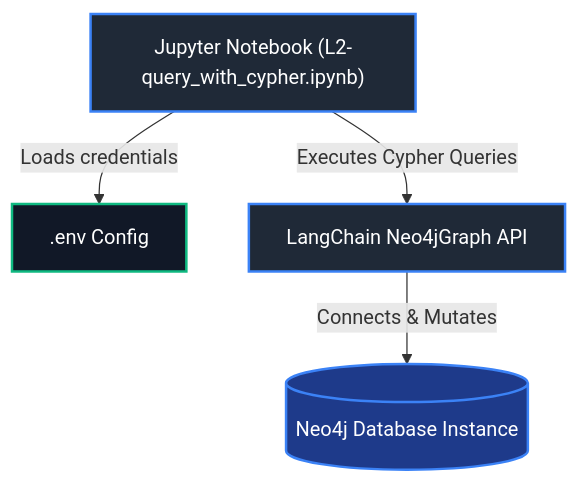
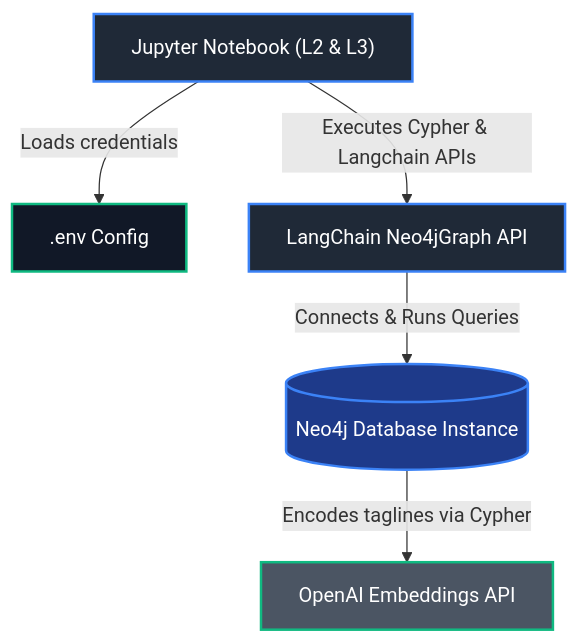
Before and after one commit to PhoengZ/knowledgr-graph-RAG: the diagram in README.md, drawn with Mermaid. The commit also changed other lines of this file and 2 other files, not shown here.

First line of the commit message:
feat: add RAG text preparation notebook and update README

````diff
--- a/README.md
+++ b/README.md
@@ -23,17 +24,20 @@
 ```mermaid
 graph TD
     %% Define Node Styles
     classDef component fill:#1f2937,stroke:#3b82f6,stroke-width:2px,color:#fff;
     classDef database fill:#1e3a8a,stroke:#3b82f6,stroke-width:2px,color:#fff;
     classDef config fill:#111827,stroke:#10b981,stroke-width:2px,color:#fff;
+    classDef api fill:#4b5563,stroke:#10b981,stroke-width:2px,color:#fff;
     
     %% Flow nodes
-    Notebook["Jupyter Notebook (L2-query_with_cypher.ipynb)"] -->|Loads credentials| Env[".env Config"]
-    Notebook -->|Executes Cypher Queries| LangChain["LangChain Neo4jGraph API"]
-    LangChain -->|Connects & Mutates| DB[("Neo4j Database Instance")]
+    Notebook["Jupyter Notebook (L2 & L3)"] -->|Loads credentials| Env[".env Config"]
+    Notebook -->|Executes Cypher & Langchain APIs| LangChain["LangChain Neo4jGraph API"]
+    LangChain -->|Connects & Runs Queries| DB[("Neo4j Database Instance")]
+    DB -->|Encodes taglines via Cypher| OpenAI["OpenAI Embeddings API"]
     
     %% Apply styles
     class Notebook,LangChain component;
     class DB database;
     class Env config;
+    class OpenAI api;
 ```
````
